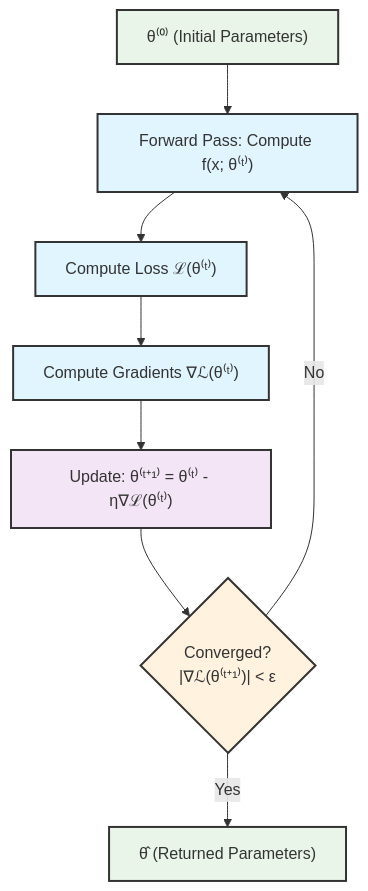
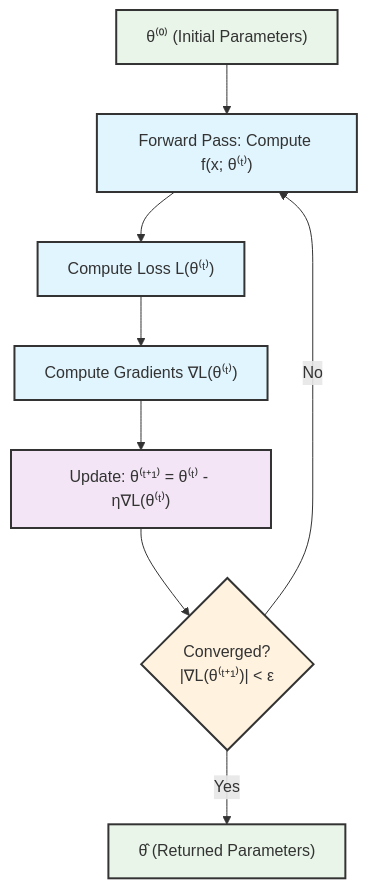
The second of 3 diagrams in feed_forward_nns.qmd (onnokleen/mlmetrics), drawn with Mermaid before and after one commit. The commit also changed other lines of this file and 30 other files, not shown here.

````diff
--- a/feed_forward_nns.qmd
+++ b/feed_forward_nns.qmd
@@ -536,32 +510,32 @@
 ```{mermaid}
 %%| label: fig-gd-process
 %%| fig-cap: "Flowchart of the gradient descent algorithm. Rectangular nodes represent computation steps (forward pass, loss evaluation, gradient computation, parameter update) and the diamond node is the convergence check. The loop continues until the gradient norm falls below a threshold $\\varepsilon$, at which point the current parameters are returned. In a non-convex problem, a small gradient certifies only an approximate stationary point, not a global minimum."
 flowchart TD
     %% Starting point
     START["θ⁽⁰⁾ (Initial Parameters)"] --> FORWARD["Forward Pass: Compute f(x; θ⁽ᵗ⁾)"]
     
     %% Forward computation
-    FORWARD --> LOSS["Compute Loss ℒ(θ⁽ᵗ⁾)"]
+    FORWARD --> LOSS["Compute Loss L(θ⁽ᵗ⁾)"]
     
     %% Gradient computation
-    LOSS --> GRAD["Compute Gradients ∇ℒ(θ⁽ᵗ⁾)"]
+    LOSS --> GRAD["Compute Gradients ∇L(θ⁽ᵗ⁾)"]
     
     %% Parameter update
-    GRAD --> UPDATE["Update: θ⁽ᵗ⁺¹⁾ = θ⁽ᵗ⁾ - η∇ℒ(θ⁽ᵗ⁾)"]
+    GRAD --> UPDATE["Update: θ⁽ᵗ⁺¹⁾ = θ⁽ᵗ⁾ - η∇L(θ⁽ᵗ⁾)"]
     
     %% Convergence check
-    UPDATE --> CHECK{"Converged?<br/>|∇ℒ(θ⁽ᵗ⁺¹⁾)| < ε"}
+    UPDATE --> CHECK{"Converged?<br/>|∇L(θ⁽ᵗ⁺¹⁾)| < ε"}
     CHECK -->|No| FORWARD
     CHECK -->|Yes| OPTIMAL["θ̂ (Returned Parameters)"]
     
     %% Styling
     classDef startend fill:#e8f5e8,stroke:#333,stroke-width:2px
     classDef process fill:#e1f5fe,stroke:#333,stroke-width:2px
     classDef decision fill:#fff3e0,stroke:#333,stroke-width:2px
     classDef update fill:#f3e5f5,stroke:#333,stroke-width:2px
     
     class START,OPTIMAL startend
     class FORWARD,LOSS,GRAD process
     class CHECK decision
     class UPDATE update
 ```
````
